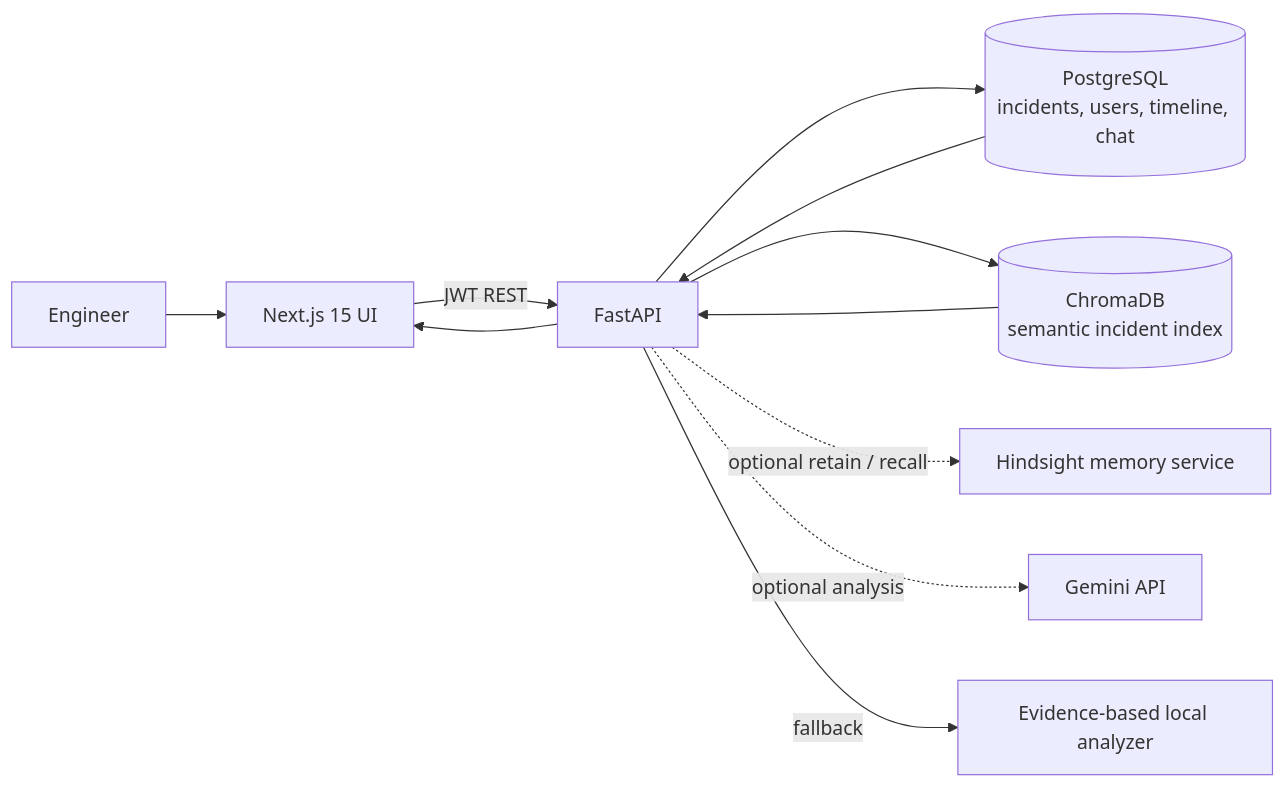
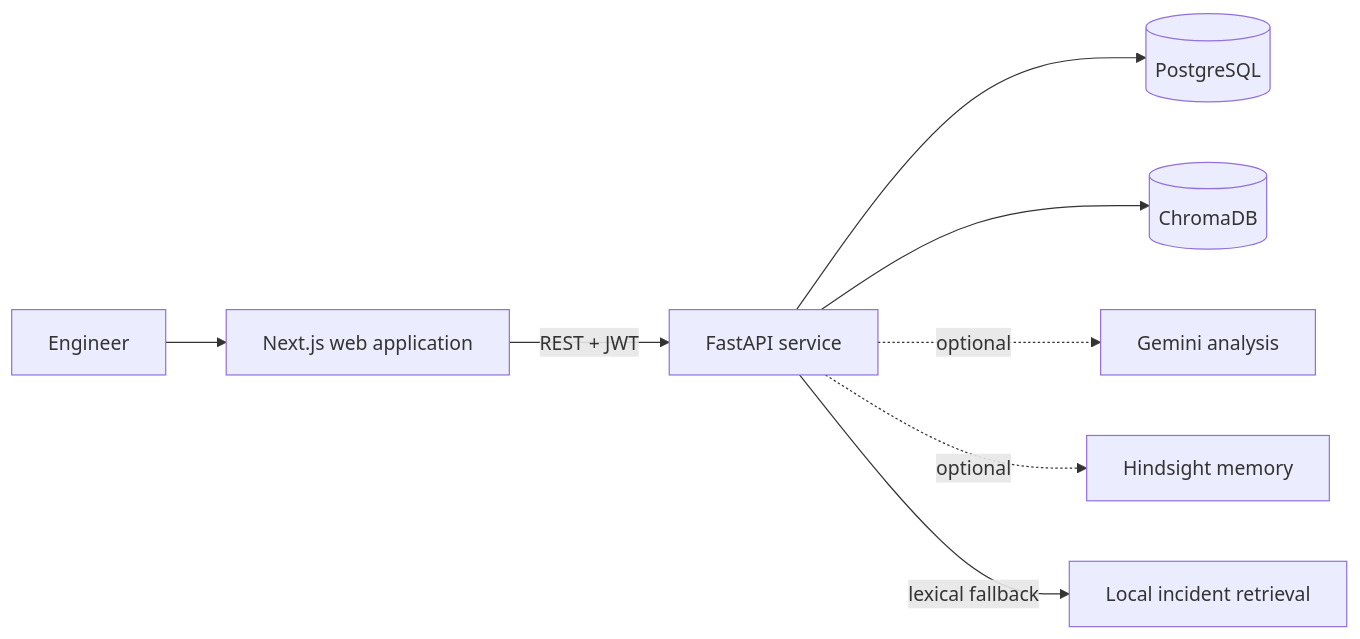
One commit to pranathi-pamu02/IncidentMind-AI changed the diagram in README.md. Above: the diagram before and after it, drawn with Mermaid. The commit also changed other lines of this file and 18 other files, not shown here.

````diff
--- a/README.md
+++ b/README.md
@@ -71,13 +39,10 @@
 ```mermaid
 flowchart LR
-  E[Engineer] --> W[Next.js 15 UI]
-  W -->|JWT REST| A[FastAPI]
-  A --> P[(PostgreSQL\nincidents, users, timeline, chat)]
-  A --> C[(ChromaDB\nsemantic incident index)]
-  A -. optional retain / recall .-> H[Hindsight memory service]
-  A -. optional analysis .-> G[Gemini API]
-  A -->|fallback| F[Evidence-based local analyzer]
-  C --> A
-  P --> A
-  A --> W
+  Engineer --> Web[Next.js web application]
+  Web -->|REST + JWT| API[FastAPI service]
+  API --> DB[(PostgreSQL)]
+  API --> Vector[(ChromaDB)]
+  API -. optional .-> Gemini[Gemini analysis]
+  API -. optional .-> Hindsight[Hindsight memory]
+  API -->|lexical fallback| Memory[Local incident retrieval]
 ```
````
